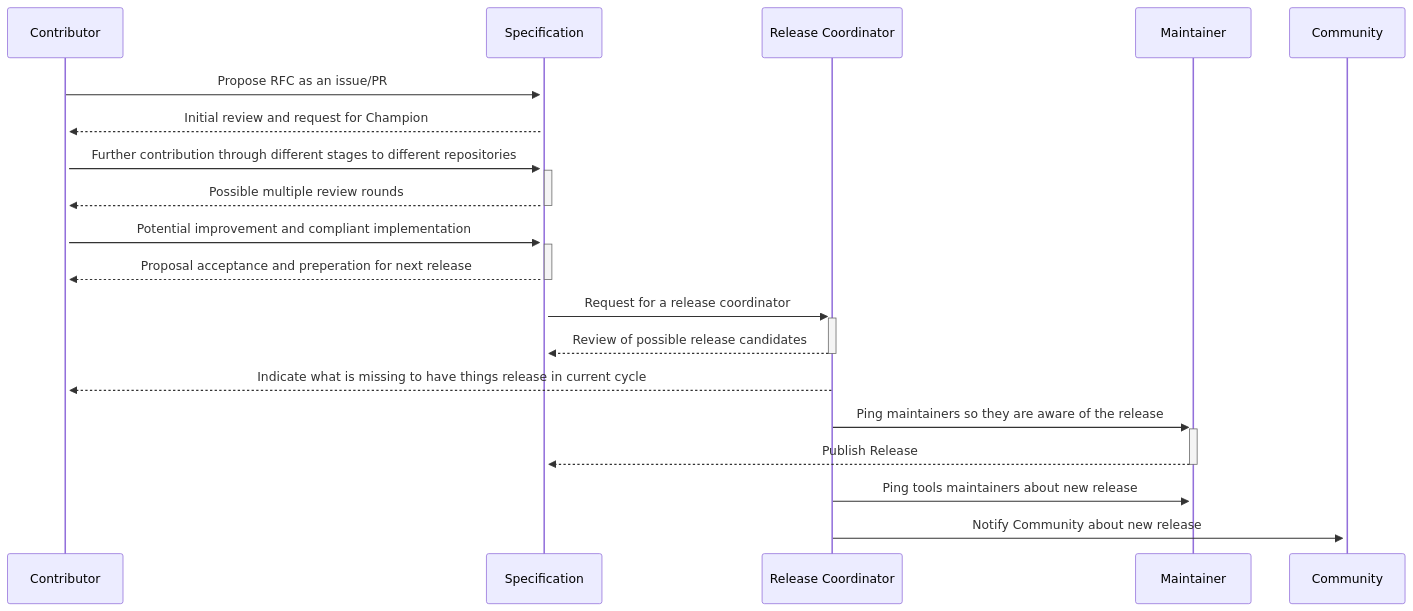
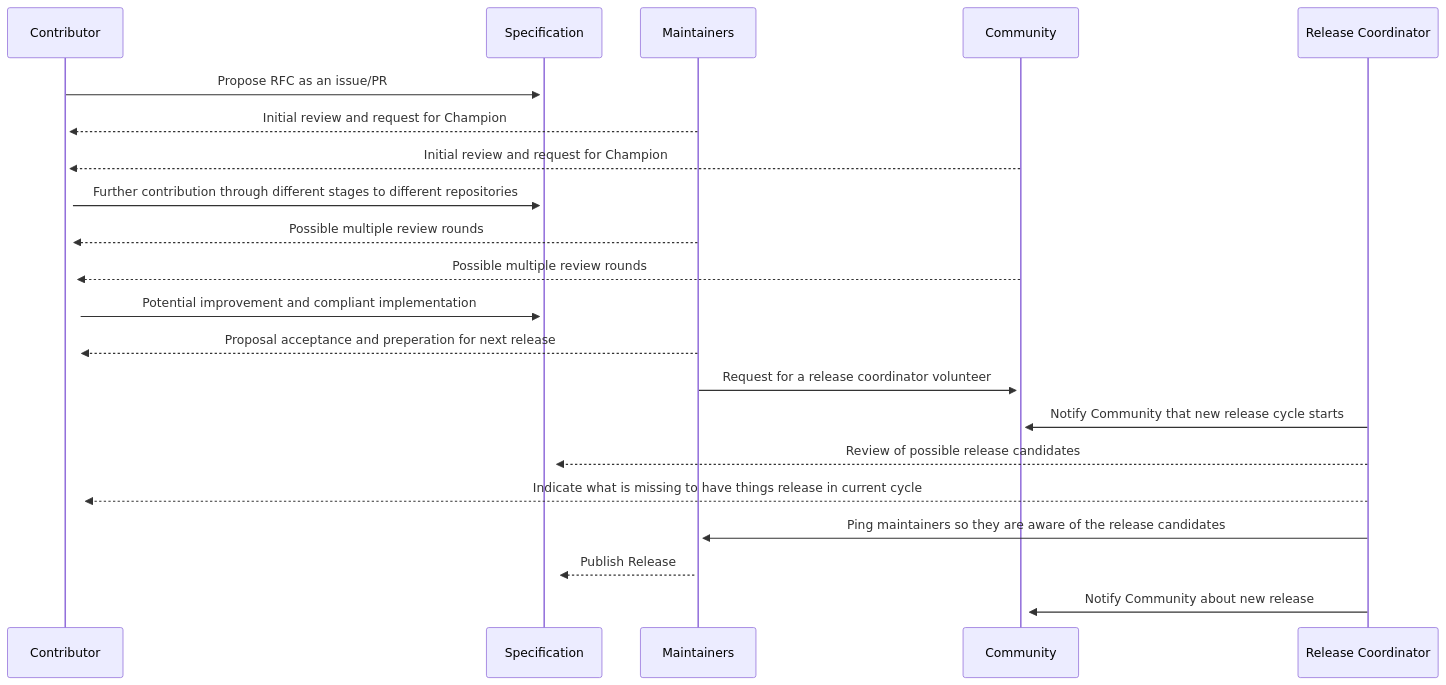
Before and after one commit to asyncapi/community: the diagram in docs/how-changes-in-the-spec-are-introduced.md, drawn with Mermaid.

Commit message:
updated mermaid diagram

````diff
--- a/docs/how-changes-in-the-spec-are-introduced.md
+++ b/docs/how-changes-in-the-spec-are-introduced.md
@@ -57,16 +57,18 @@
 ```mermaid
 sequenceDiagram
     Contributor->>+Specification: Propose RFC as an issue/PR
-    Specification-->>+Contributor: Initial review and request for Champion
+    Maintainers-->>+Contributor: Initial review and request for Champion
+    Community-->>+Contributor: Initial review and request for Champion
     Contributor->>+Specification: Further contribution through different stages to different repositories
-    Specification-->>-Contributor: Possible multiple review rounds
+    Maintainers-->>+Contributor: Possible multiple review rounds
+    Community-->>+Contributor: Possible multiple review rounds
     Contributor->>+Specification: Potential improvement and compliant implementation
-    Specification-->>-Contributor: Proposal acceptance and preperation for next release
-    Specification->>+Release Coordinator: Request for a release coordinator 
-    Release Coordinator-->>-Specification: Review of possible release candidates
+    Maintainers-->>+Contributor: Proposal acceptance and preperation for next release
+    Maintainers->>+Community: Request for a release coordinator volunteer
+    Release Coordinator ->>+ Community: Notify Community that new release cycle starts
+    Release Coordinator-->>+Specification: Review of possible release candidates
     Release Coordinator-->>+Contributor: Indicate what is missing to have things release in current cycle
-    Release Coordinator->>+Maintainer: Ping maintainers so they are aware of the release
-    Maintainer-->>-Specification: Publish Release
-    Release Coordinator->>+Maintainer: Ping tools maintainers about new release
+    Release Coordinator->>+Maintainers: Ping maintainers so they are aware of the release candidates
+    Maintainers-->>+Specification: Publish Release
     Release Coordinator ->>+ Community: Notify Community about new release
 ```
````
